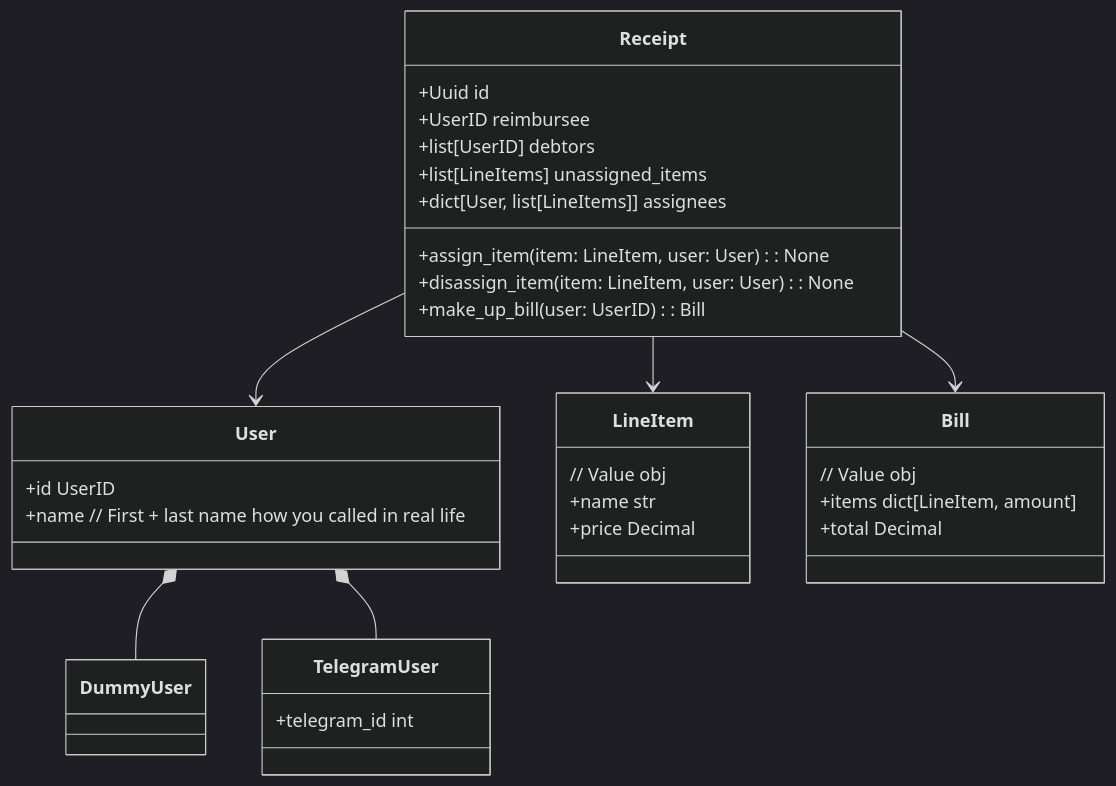
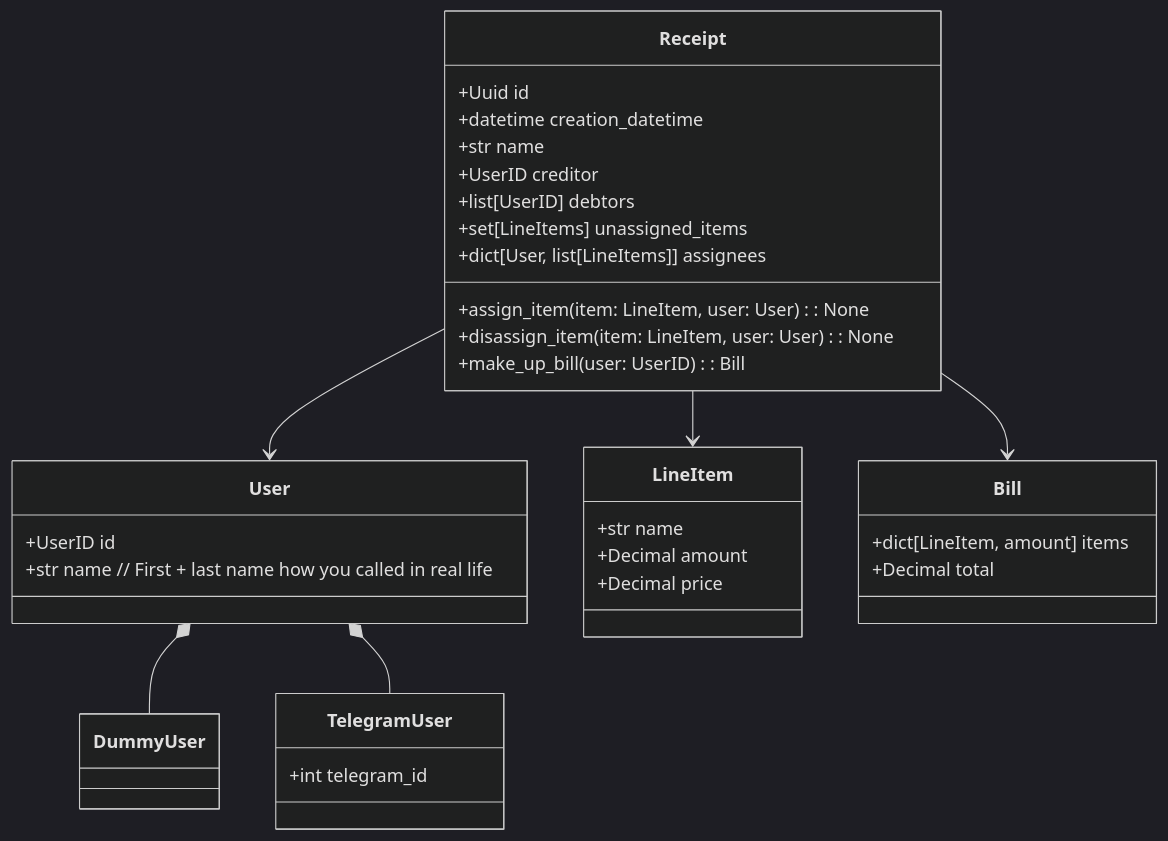
Before and after one commit to BeaverNotACat/receipt-splitting-bot: the diagram in docs/domain_models.md, drawn with Mermaid (dark theme). The commit also changed other lines of this file and 2 other files, not shown here.

Commit message:
📝 Add userflow diagrams

````diff
--- a/docs/domain_models.md
+++ b/docs/domain_models.md
@@ -1,46 +1,50 @@
 ```mermaid
 classDiagram
     class Receipt{
 	    +Uuid id
-	    +UserID reimbursee
-	    
+	    +datetime creation_datetime
+	    +str name 
+
+	    +UserID creditor
 	    +list[UserID] debtors
-	    +list[LineItems] unassigned_items
+
+	    +set[LineItems] unassigned_items
 	    +dict[User, list[LineItems]] assignees
-	    
+
 	    +assign_item(item: LineItem, user: User): None
 	    +disassign_item(item: LineItem, user: User): None
 	    +make_up_bill(user: UserID): Bill
     }
     Receipt --> User
     Receipt --> LineItem
     Receipt --> Bill
 
 
     class User {
-    	+id UserID
-        +name // First + last name how you called in real life
+    	+UserID id
+        +str name // First + last name how you called in real life
     }
     User *-- DummyUser
     User *-- TelegramUser
 
 
 	class DummyUser
 
 
 	class TelegramUser{
-        +telegram_id int
+        +int telegram_id
     }
 
 
-    class LineItem{ // Value obj
-	    +name str
-	    +price Decimal
+    class LineItem{
+	    +str name
+	    +Decimal amount
+	    +Decimal price
     }
 
 
-    class Bill{ // Value obj
-	    +items dict[LineItem, amount]
-	    +total Decimal
+    class Bill{
+	    +dict[LineItem, amount] items
+	    +Decimal total
     }
 ```
````
